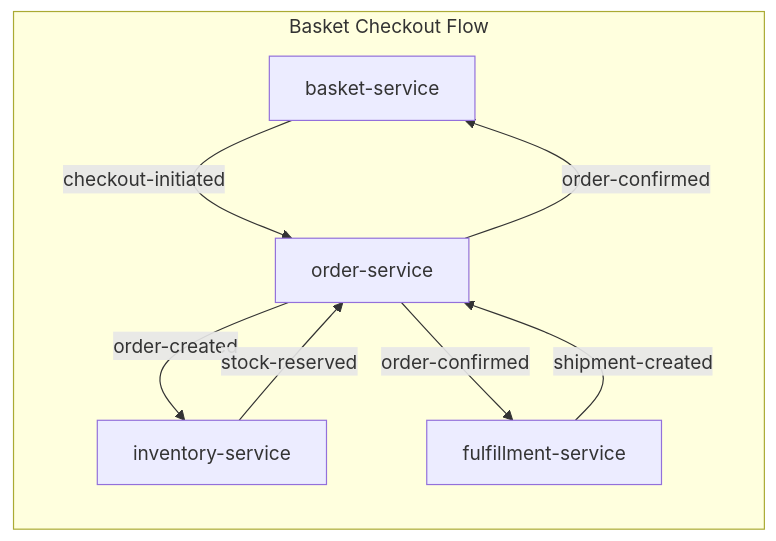
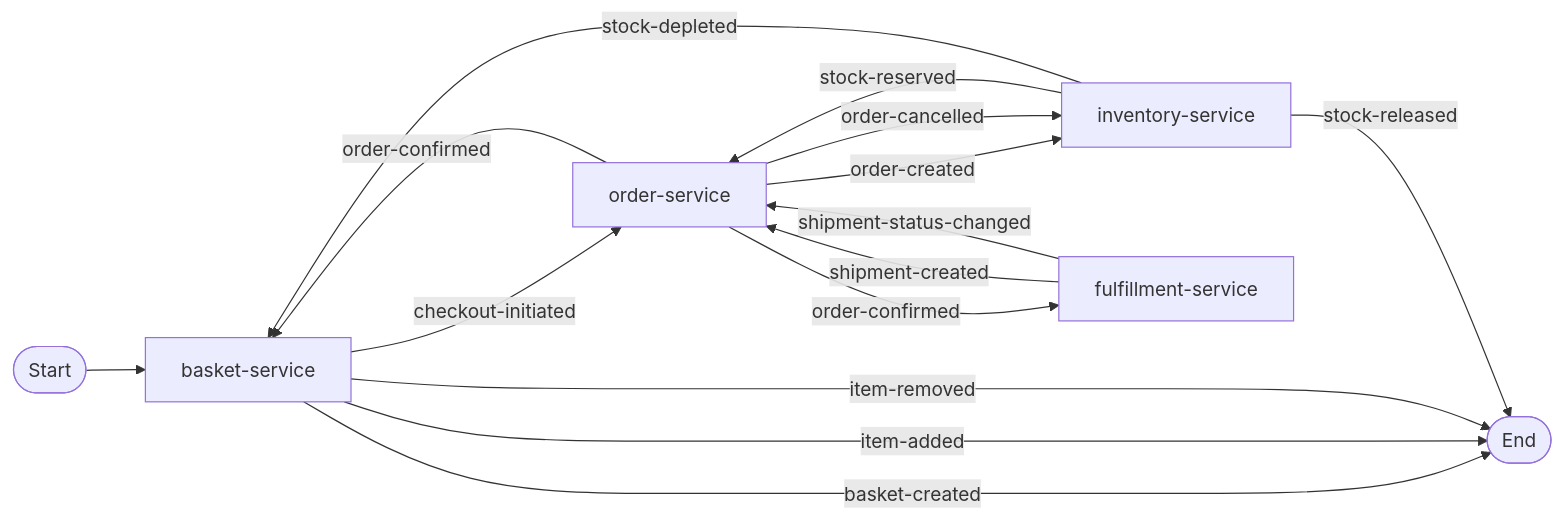
Before and after one commit to filozofira/spas: the diagram in examples/domains/basket-checkout/README.md, drawn with Mermaid. The commit also changed other lines of this file and 187 other files, not shown here.

First line of the commit message:
Examples/advanced flows (#68)

````diff
--- a/examples/domains/basket-checkout/README.md
+++ b/examples/domains/basket-checkout/README.md
@@ -9,11 +3,17 @@
 ```mermaid
 flowchart LR
-    subgraph Basket Checkout Flow
-        BS[basket-service] -->|checkout-initiated| OS[order-service]
-        OS -->|order-created| IS[inventory-service]
-        IS -->|stock-reserved| OS
-        OS -->|order-confirmed| BS
-        OS -->|order-confirmed| FS[fulfillment-service]
-        FS -->|shipment-created| OS
-    end
+    Start([Start]) --> BS[basket-service]
+    BS -->|checkout-initiated| OS[order-service]
+    OS -->|order-created| IS[inventory-service]
+    IS -->|stock-reserved| OS
+    OS -->|order-confirmed| BS
+    OS -->|order-confirmed| FS[fulfillment-service]
+    FS -->|shipment-created| OS
+    FS -->|shipment-status-changed| OS
+    OS -->|order-cancelled| IS
+    IS -->|stock-depleted| BS
+    BS -->|basket-created| End([End])
+    BS -->|item-added| End
+    BS -->|item-removed| End
+    IS -->|stock-released| End
 ```
````
